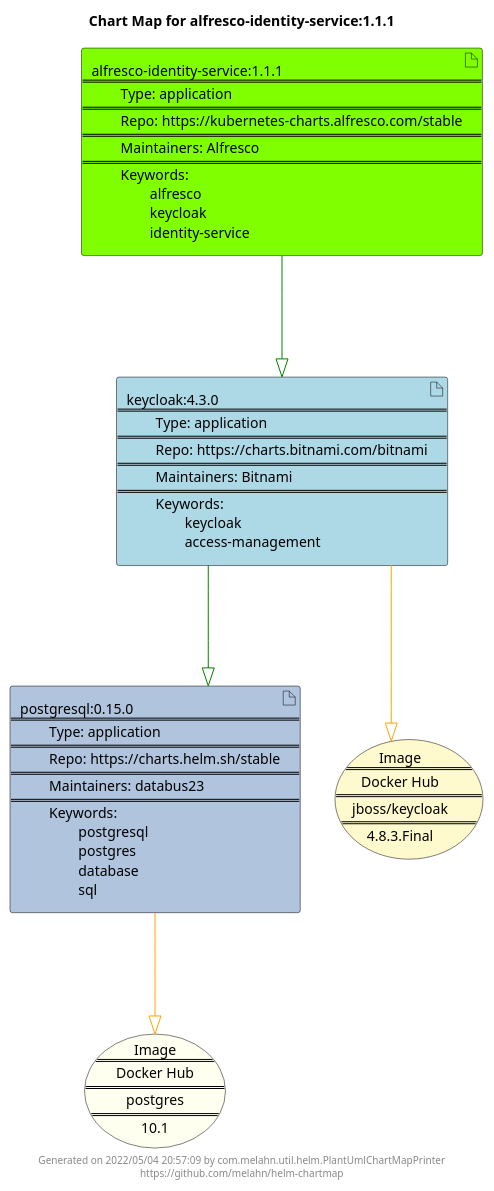
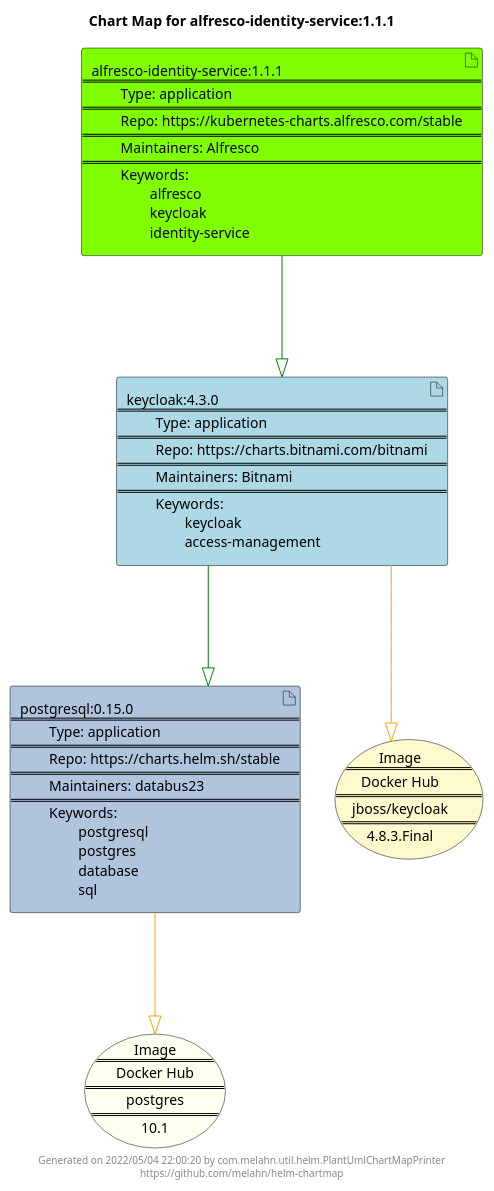
One commit to melahn/helm-chartmap changed the diagram in docs/alfresco-identity-service/alfresco-identity-service-1.1.1.puml. Above: the diagram before and after it, drawn with PlantUML. The commit also changed 63 other files, not shown here.

Commit message:
Update Example Chart Maps as part of GitHub build

```diff
--- a/docs/alfresco-identity-service/alfresco-identity-service-1.1.1.puml
+++ b/docs/alfresco-identity-service/alfresco-identity-service-1.1.1.puml
@@ -1,27 +1,27 @@
 @startuml
 skinparam linetype ortho
 skinparam backgroundColor white
 skinparam usecaseBorderColor black
 skinparam usecaseArrowColor LightSlateGray
 skinparam artifactBorderColor black
 skinparam artifactArrowColor LightSlateGray
 
 title Chart Map for alfresco-identity-service:1.1.1
 
 'There are 3 referenced Helm Charts
 artifact "postgresql:0.15.0\n====\n\tType: application\n====\n\tRepo: https://charts.helm.sh/stable\n====\n\tMaintainers: databus23\n====\n\tKeywords: \n\t\tpostgresql\n\t\tpostgres\n\t\tdatabase\n\t\tsql" as postgresql_0_15_0 #LightSteelBlue
 artifact "alfresco-identity-service:1.1.1\n====\n\tType: application\n====\n\tRepo: https://kubernetes-charts.alfresco.com/stable\n====\n\tMaintainers: Alfresco\n====\n\tKeywords: \n\t\talfresco\n\t\tkeycloak\n\t\tidentity-service" as alfresco_identity_service_1_1_1 #Chartreuse
 artifact "keycloak:4.3.0\n====\n\tType: application\n====\n\tRepo: https://charts.bitnami.com/bitnami\n====\n\tMaintainers: Bitnami\n====\n\tKeywords: \n\t\tkeycloak\n\t\taccess-management" as keycloak_4_3_0 #LightBlue
 
 'There are 2 referenced Docker Images
 usecase "Image\n====\nDocker Hub\n====\npostgres\n====\n10.1" as postgres_10_1 #Ivory
 usecase "Image\n====\nDocker Hub\n====\njboss/keycloak\n====\n4.8.3.Final" as jboss_keycloak_4_8_3_Final #LemonChiffon
 
 'Chart Dependencies
 alfresco_identity_service_1_1_1--[#green]-|>keycloak_4_3_0
 keycloak_4_3_0--[#green]-|>postgresql_0_15_0
 postgresql_0_15_0--[#orange]-|>postgres_10_1
 keycloak_4_3_0--[#orange]-|>jboss_keycloak_4_8_3_Final
 
-center footer Generated on 2022/05/04 20:57:09 by com.melahn.util.helm.PlantUmlChartMapPrinter\nhttps://github.com/melahn/helm-chartmap
+center footer Generated on 2022/05/04 22:00:20 by com.melahn.util.helm.PlantUmlChartMapPrinter\nhttps://github.com/melahn/helm-chartmap
 @enduml
```
